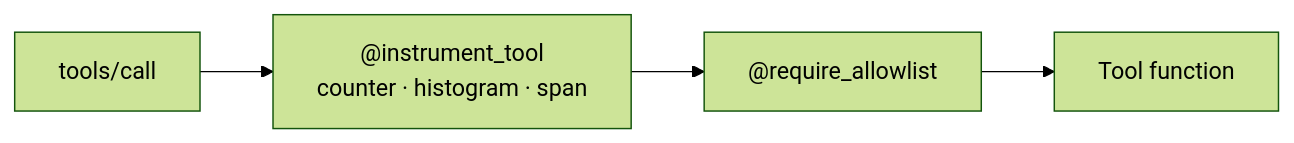
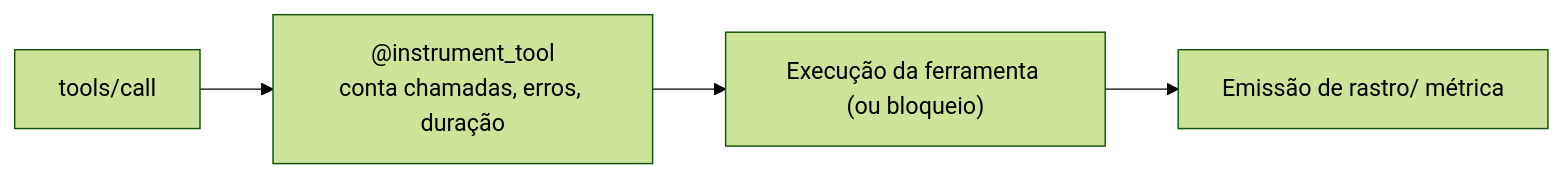
Before and after one commit to jrhumberto/fastmcp-public-service: the sixth of 8 diagrams in README.md, drawn with Mermaid (forest theme). The commit also changed other lines of this file, not shown here.

````diff
--- a/README.md
+++ b/README.md
@@ -284,9 +331,8 @@
 ```mermaid
 graph LR
     Call["tools/call"]
-    Inst["@instrument_tool<br/>counter · histogram · span"]
-    AL["@require_allowlist"]
-    Fn["Tool function"]
-
-    Call --> Inst --> AL --> Fn
+    Inst["@instrument_tool<br/>conta chamadas, erros, duração"]
+    Exec["Execução da ferramenta (ou bloqueio)"]
+    Emit["Emissão de rastro/ métrica"]
+    Call --> Inst --> Exec --> Emit
 ```
````
